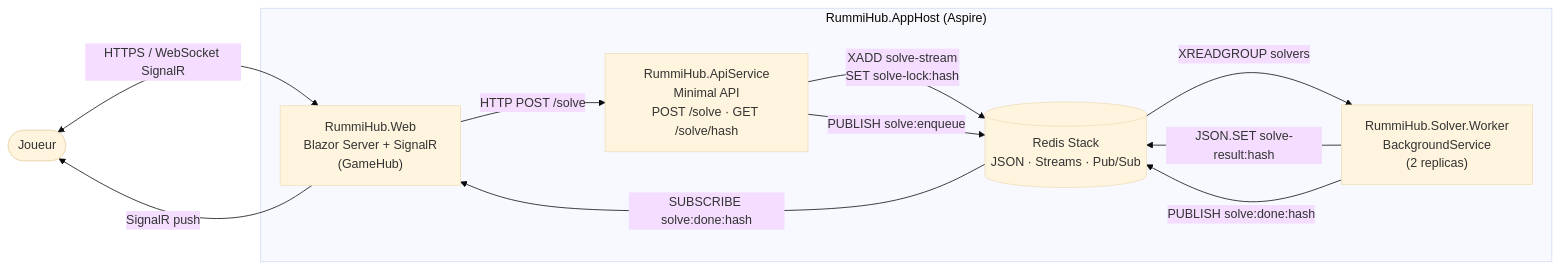
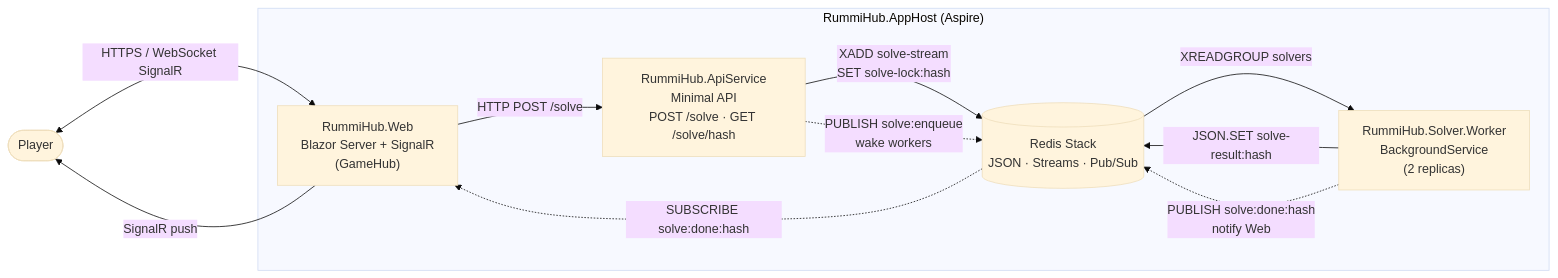
One commit to AntoineRevel/RummiHub changed the diagram in ARCHITECTURE.md. Above: the diagram before and after it, drawn with Mermaid (base theme). The commit also changed other lines of this file, not shown here.

````diff
--- a/ARCHITECTURE.md
+++ b/ARCHITECTURE.md
@@ -7,21 +7,21 @@
 ```mermaid
 flowchart LR
-    User([Joueur])
+    User([Player])
 
     subgraph Aspire["RummiHub.AppHost (Aspire)"]
         Web["RummiHub.Web<br/>Blazor Server + SignalR<br/>(GameHub)"]
         Api["RummiHub.ApiService<br/>Minimal API<br/>POST /solve · GET /solve/hash"]
         Worker["RummiHub.Solver.Worker<br/>BackgroundService<br/>(2 replicas)"]
         Redis[("Redis Stack<br/>JSON · Streams · Pub/Sub")]
     end
 
     User <-->|HTTPS / WebSocket SignalR| Web
     Web -->|HTTP POST /solve| Api
     Api -->|XADD solve-stream<br/>SET solve-lock:hash| Redis
-    Api -->|PUBLISH solve:enqueue| Redis
+    Api -.->|PUBLISH solve:enqueue<br/>wake workers| Redis
     Redis -->|XREADGROUP solvers| Worker
     Worker -->|JSON.SET solve-result:hash| Redis
-    Worker -->|PUBLISH solve:done:hash| Redis
-    Redis -->|SUBSCRIBE solve:done:hash| Web
+    Worker -.->|PUBLISH solve:done:hash<br/>notify Web| Redis
+    Redis -.->|SUBSCRIBE solve:done:hash| Web
     Web -->|SignalR push| User
 ```
````
